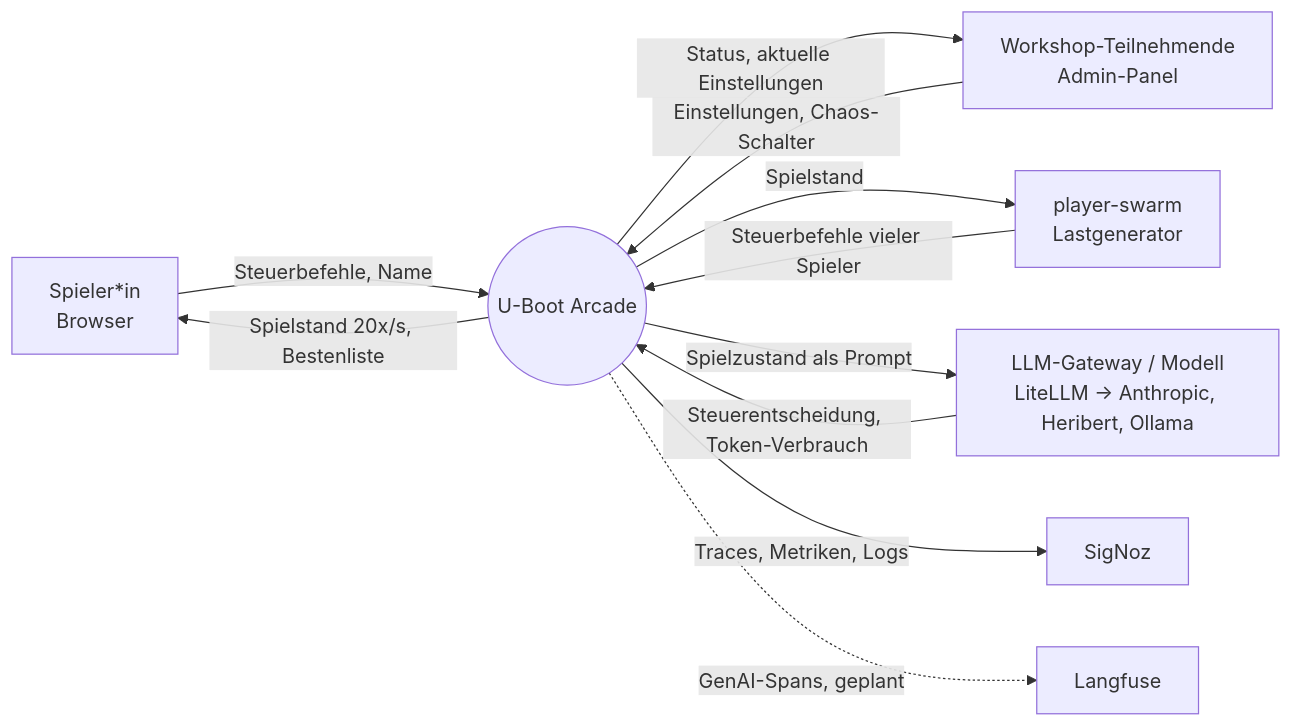
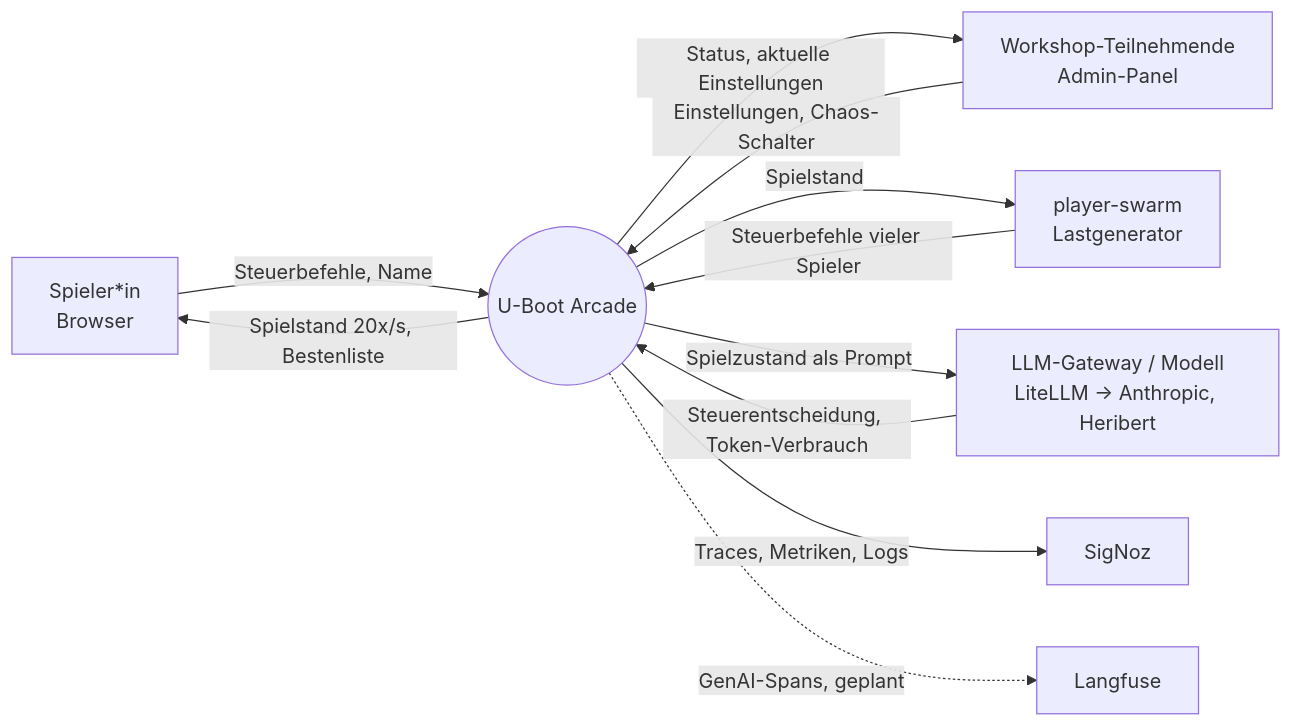
The diagram in arc-doc/03-Kontextabgrenzung/03-01-Fachlicher-Kontext.md (c-kaiser/u-boot-arcade), drawn with Mermaid before and after one commit. The commit also changed other lines of this file and 17 other files, not shown here.

````diff
--- a/arc-doc/03-Kontextabgrenzung/03-01-Fachlicher-Kontext.md
+++ b/arc-doc/03-Kontextabgrenzung/03-01-Fachlicher-Kontext.md
@@ -8,13 +8,13 @@
 ```mermaid
 graph LR
     P[Spieler*in<br/>Browser] -->|Steuerbefehle, Name| S((U-Boot Arcade))
     S -->|Spielstand 20x/s, Bestenliste| P
     A[Workshop-Teilnehmende<br/>Admin-Panel] -->|Einstellungen, Chaos-Schalter| S
     S -->|Status, aktuelle Einstellungen| A
     W[player-swarm<br/>Lastgenerator] -->|Steuerbefehle vieler Spieler| S
     S -->|Spielstand| W
-    S -->|Spielzustand als Prompt| L[LLM-Gateway / Modell<br/>LiteLLM → Anthropic, Heribert, Ollama]
+    S -->|Spielzustand als Prompt| L[LLM-Gateway / Modell<br/>LiteLLM → Anthropic, Heribert]
     L -->|Steuerentscheidung, Token-Verbrauch| S
     S -->|Traces, Metriken, Logs| O[SigNoz]
     S -.->|GenAI-Spans, geplant| F[Langfuse]
 ```
````
